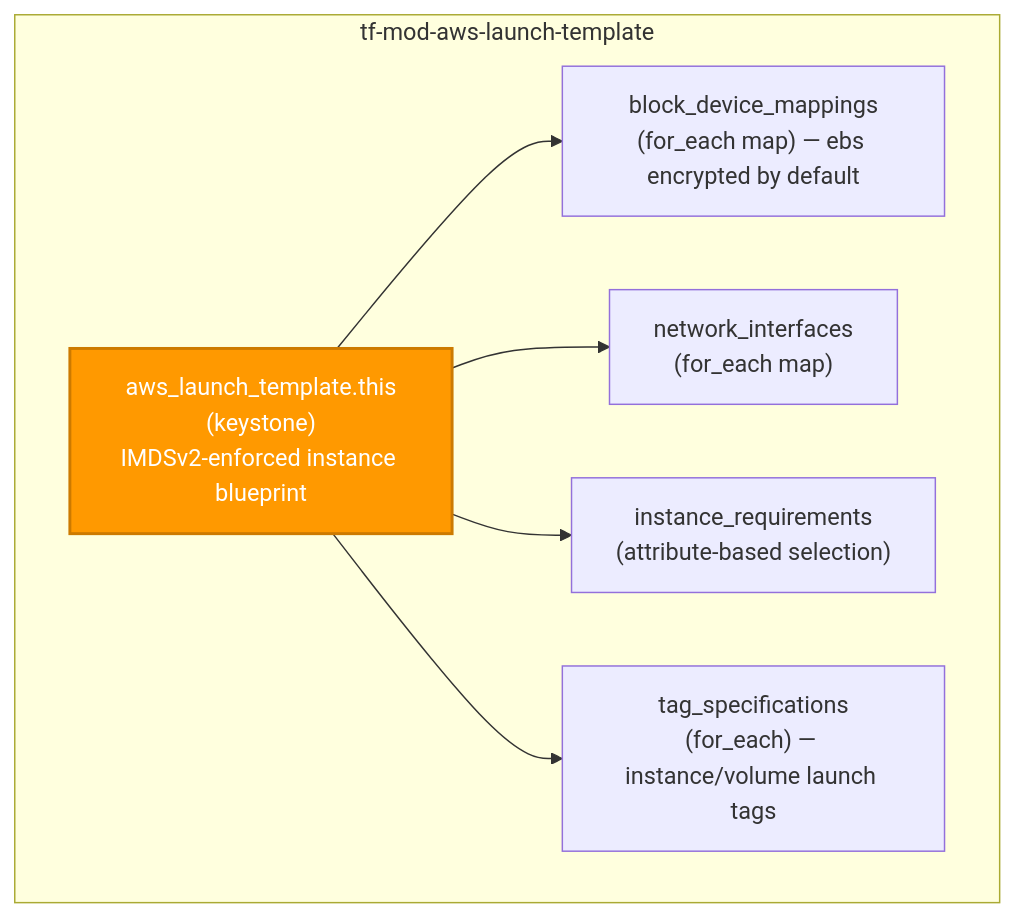
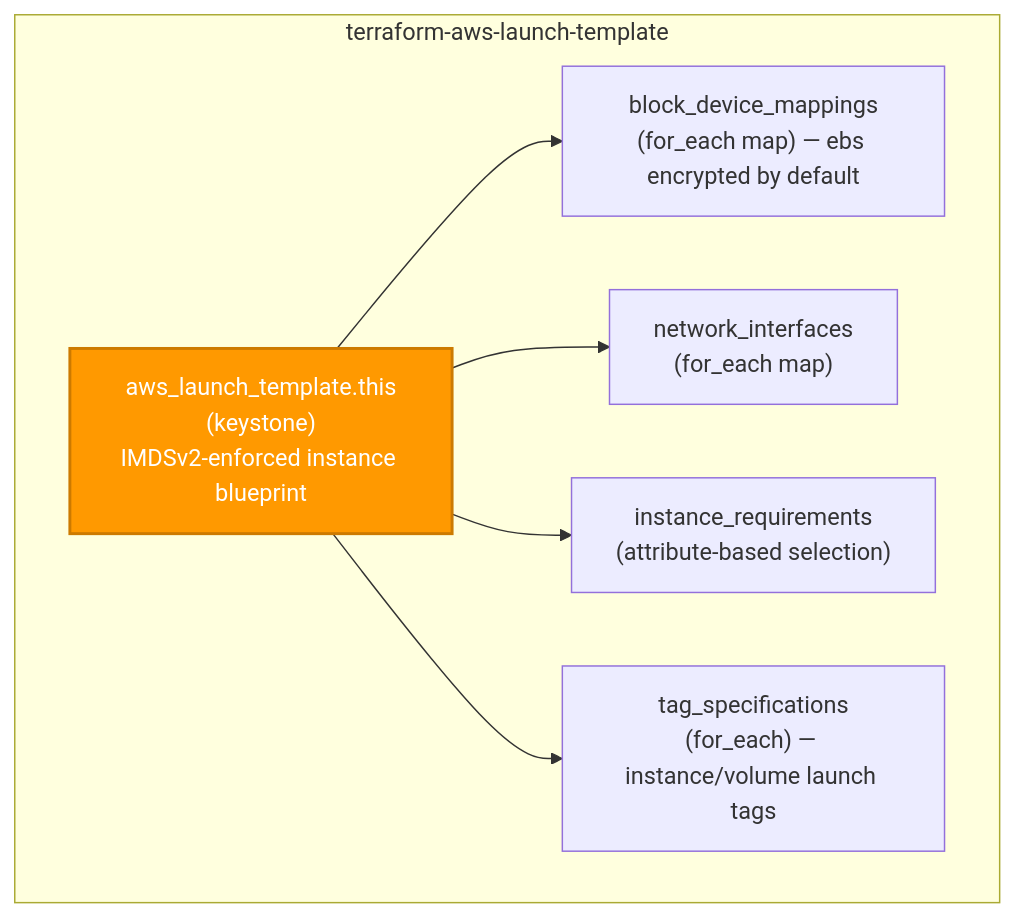
Before and after one commit to microsoftexpert/terraform-aws-launch-template: the second of 2 diagrams in README.md, drawn with Mermaid. The commit also changed other lines of this file and 2 other files, not shown here.

````diff
--- a/README.md
+++ b/README.md
@@ -72,17 +72,17 @@
 ```mermaid
 flowchart TD
- subgraph mod["tf-mod-aws-launch-template"]
+ subgraph mod["terraform-aws-launch-template"]
  THIS["aws_launch_template.this<br/>(keystone)<br/>IMDSv2-enforced instance blueprint"]
  BDM["block_device_mappings<br/>(for_each map) — ebs encrypted by default"]
  NIC["network_interfaces<br/>(for_each map)"]
  IR["instance_requirements<br/>(attribute-based selection)"]
  TAGS["tag_specifications<br/>(for_each) — instance/volume launch tags"]
  end
 
  THIS --> BDM
  THIS --> NIC
  THIS --> IR
  THIS --> TAGS
 
  style THIS fill:#FF9900,color:#fff,stroke:#cc7a00,stroke-width:2px
 ```
````
